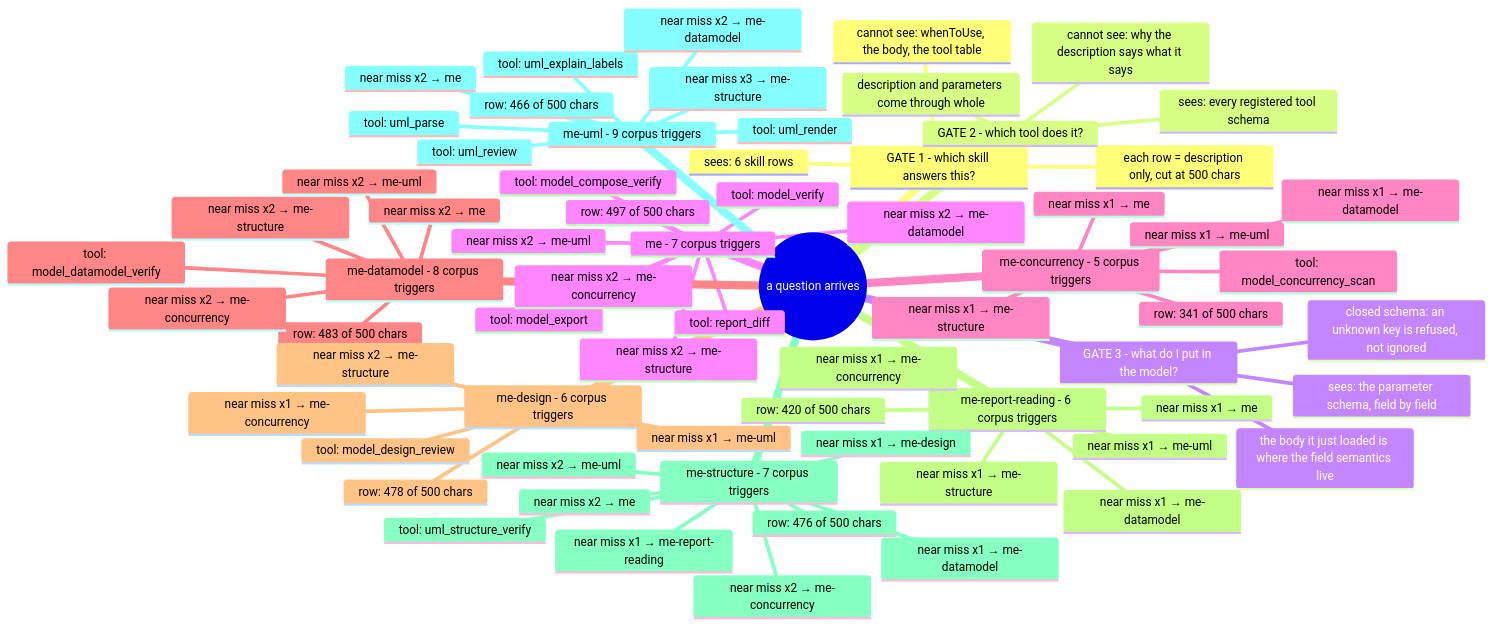
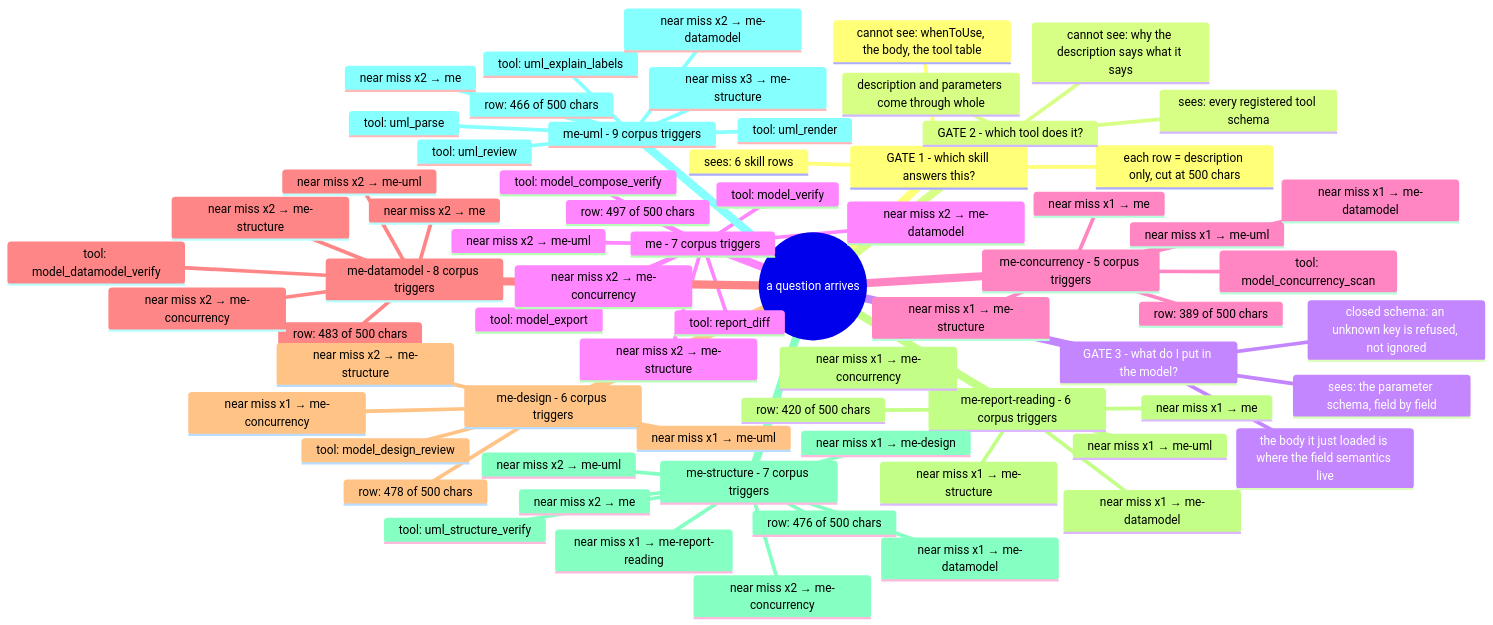
Before and after one commit to AmethystLuna/dsh-model-everything: the diagram in docs/routing-map.md, drawn with Mermaid. The commit also changed other lines of this file and 21 other files, not shown here.

````diff
--- a/docs/routing-map.md
+++ b/docs/routing-map.md
@@ -9,71 +9,71 @@
 ```mermaid
 mindmap
   root((a question arrives))
     GATE 1 - which skill answers this?
       sees: 6 skill rows
       each row = description only, cut at 500 chars
       cannot see: whenToUse, the body, the tool table
     GATE 2 - which tool does it?
       sees: every registered tool schema
       description and parameters come through whole
       cannot see: why the description says what it says
     GATE 3 - what do I put in the model?
       sees: the parameter schema, field by field
       closed schema: an unknown key is refused, not ignored
       the body it just loaded is where the field semantics live
     me - 7 corpus triggers
       row: 497 of 500 chars
       tool: model_verify
       tool: model_compose_verify
       tool: model_export
       tool: report_diff
       near miss x2 → me-concurrency
       near miss x2 → me-datamodel
       near miss x2 → me-structure
       near miss x2 → me-uml
     me-concurrency - 5 corpus triggers
-      row: 341 of 500 chars
+      row: 389 of 500 chars
       tool: model_concurrency_scan
       near miss x1 → me
       near miss x1 → me-datamodel
       near miss x1 → me-uml
       near miss x1 → me-structure
     me-datamodel - 8 corpus triggers
       row: 483 of 500 chars
       tool: model_datamodel_verify
       near miss x2 → me-uml
       near miss x2 → me-concurrency
       near miss x2 → me
       near miss x2 → me-structure
     me-design - 6 corpus triggers
       row: 478 of 500 chars
       tool: model_design_review
       near miss x2 → me-structure
       near miss x1 → me-uml
       near miss x1 → me-concurrency
     me-report-reading - 6 corpus triggers
       row: 420 of 500 chars
       near miss x1 → me
       near miss x1 → me-concurrency
       near miss x1 → me-datamodel
       near miss x1 → me-structure
       near miss x1 → me-uml
     me-structure - 7 corpus triggers
       row: 476 of 500 chars
       tool: uml_structure_verify
       near miss x2 → me-uml
       near miss x2 → me-concurrency
       near miss x2 → me
       near miss x1 → me-datamodel
       near miss x1 → me-design
       near miss x1 → me-report-reading
     me-uml - 9 corpus triggers
       row: 466 of 500 chars
       tool: uml_render
       tool: uml_parse
       tool: uml_review
       tool: uml_explain_labels
       near miss x3 → me-structure
       near miss x2 → me
       near miss x2 → me-datamodel
 ```
````
